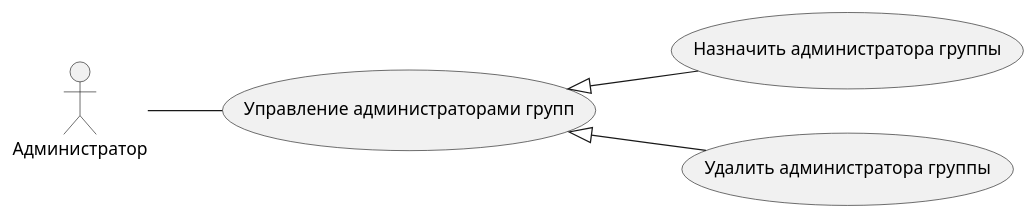
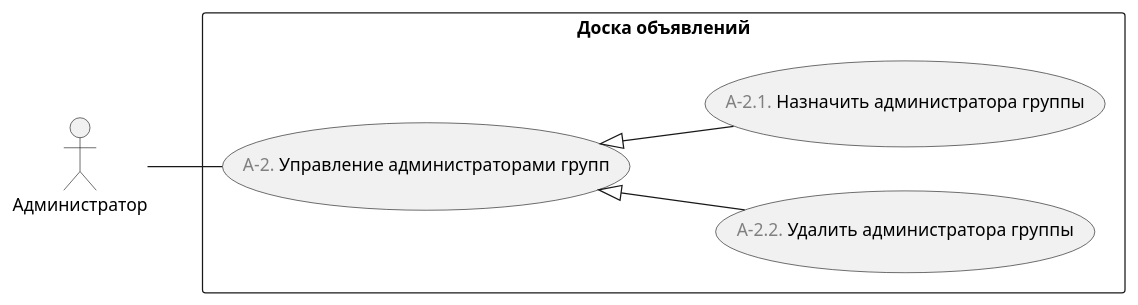
Before and after one commit to astu-app/ASTU-Bulletin-Board-Server: the diagram in doc/Диаграммы/use case/manage group admins.puml, drawn with PlantUML. The commit also changed 10 other files, not shown here.

```diff
--- a/doc/Диаграммы/use case/manage group admins.puml
+++ b/doc/Диаграммы/use case/manage group admins.puml
@@ -1,12 +1,16 @@
 @startuml
 'https://plantuml.com/use-case-diagram
 
 left to right direction
 
 :Администратор: as admin
 
-admin -- (Управление администраторами групп)
-(Управление администраторами групп) <|-- (Назначить администратора группы) 
-(Управление администраторами групп) <|-- (Удалить администратора группы)
+rectangle "Доска объявлений" {
+    (<font color="gray">A-2.</font> Управление администраторами групп) as manage_group_admins
+
+    admin -- manage_group_admins
+   manage_group_admins <|-- (<font color="gray">A-2.2.</font> Удалить администратора группы)
+   manage_group_admins <|-- (<font color="gray">A-2.1.</font> Назначить администратора группы) 
+}
 
 @enduml
```
